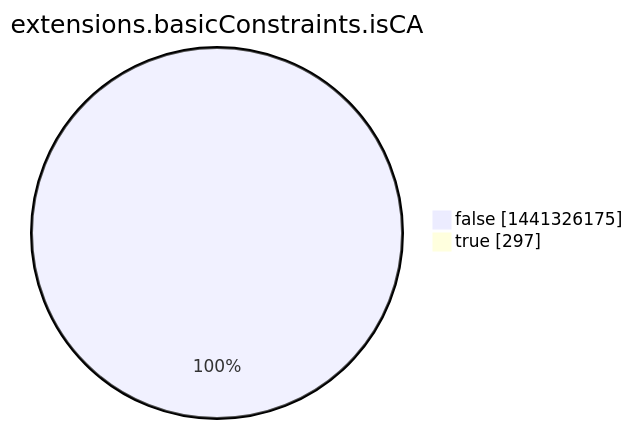
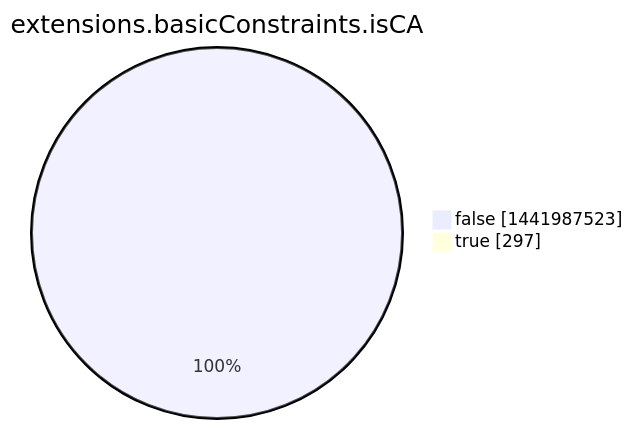
Before and after one commit to christiankrug/ctmonitor_visualization: the eighth of 15 diagrams in argon2022/README.md, drawn with Mermaid. The commit also changed other lines of this file, not shown here.

````diff
--- a/argon2022/README.md
+++ b/argon2022/README.md
@@ -2760,6 +2760,6 @@
 ```mermaid
 pie showData
 title extensions.basicConstraints.isCA
-"false" :1441326175
+"false" :1441987523
 "true" :297
 ```
````
